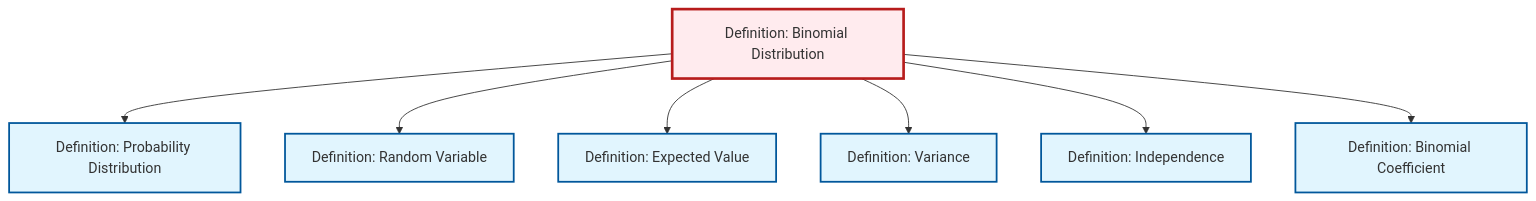
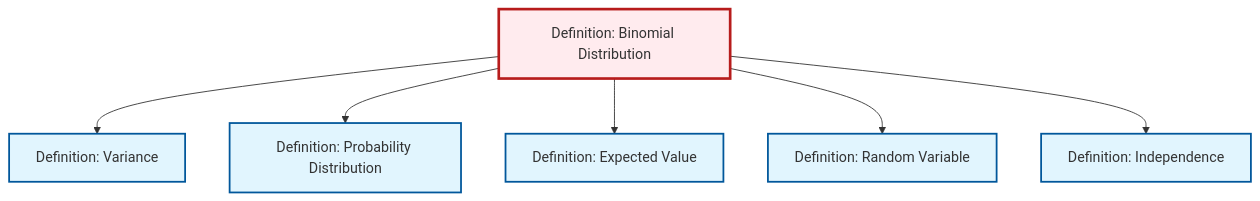
One commit to RK0429/ModernMath changed the diagram in content/en/probability-statistics/def-binomial-distribution.qmd. Above: the diagram before and after it, drawn with Mermaid. The commit also changed 654 other files, not shown here.

````diff
--- a/content/en/probability-statistics/def-binomial-distribution.qmd
+++ b/content/en/probability-statistics/def-binomial-distribution.qmd
@@ -126,23 +126,26 @@
 ```{mermaid}
 %%| fig-cap: "Local dependency graph"
 graph TD
     classDef definition fill:#e1f5fe,stroke:#01579b,stroke-width:2px
     classDef theorem fill:#f3e5f5,stroke:#4a148c,stroke-width:2px
     classDef axiom fill:#fff3e0,stroke:#e65100,stroke-width:2px
     classDef example fill:#e8f5e9,stroke:#1b5e20,stroke-width:2px
     classDef current fill:#ffebee,stroke:#b71c1c,stroke-width:3px
     def-binomial-distribution["Definition: Binomial Distribution"]:::definition
+    def-expectation["Definition: Expected Value"]:::definition
     def-probability-distribution["Definition: Probability Distribution"]:::definition
+    def-variance["Definition: Variance"]:::definition
     def-random-variable["Definition: Random Variable"]:::definition
-    def-expectation["Definition: Expected Value"]:::definition
-    def-variance["Definition: Variance"]:::definition
     def-independence["Definition: Independence"]:::definition
-    def-binomial-coefficient["Definition: Binomial Coefficient"]:::definition
+    def-binomial-distribution --> def-variance
     def-binomial-distribution --> def-probability-distribution
+    def-binomial-distribution --> def-expectation
     def-binomial-distribution --> def-random-variable
-    def-binomial-distribution --> def-expectation
-    def-binomial-distribution --> def-variance
     def-binomial-distribution --> def-independence
-    def-binomial-distribution --> def-binomial-coefficient
     class def-binomial-distribution current
+    click def-expectation "def-expectation.html" "Go to Expected Value definition"
+    click def-probability-distribution "def-probability-distribution.html" "Go to Probability Distribution definition"
+    click def-variance "def-variance.html" "Go to Variance definition"
+    click def-random-variable "def-random-variable.html" "Go to Random Variable definition"
+    click def-independence "def-independence.html" "Go to Independence definition"
 ```
````
